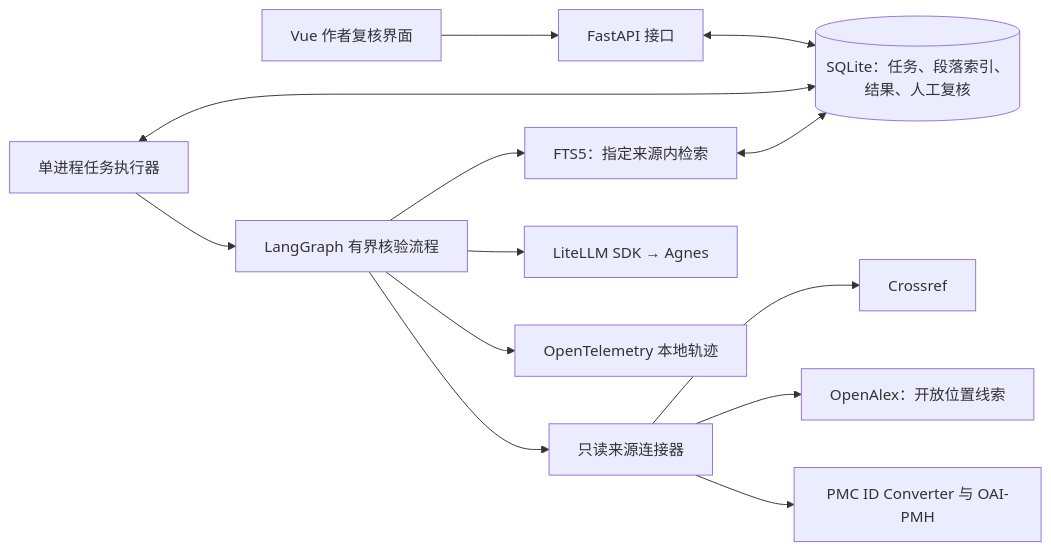
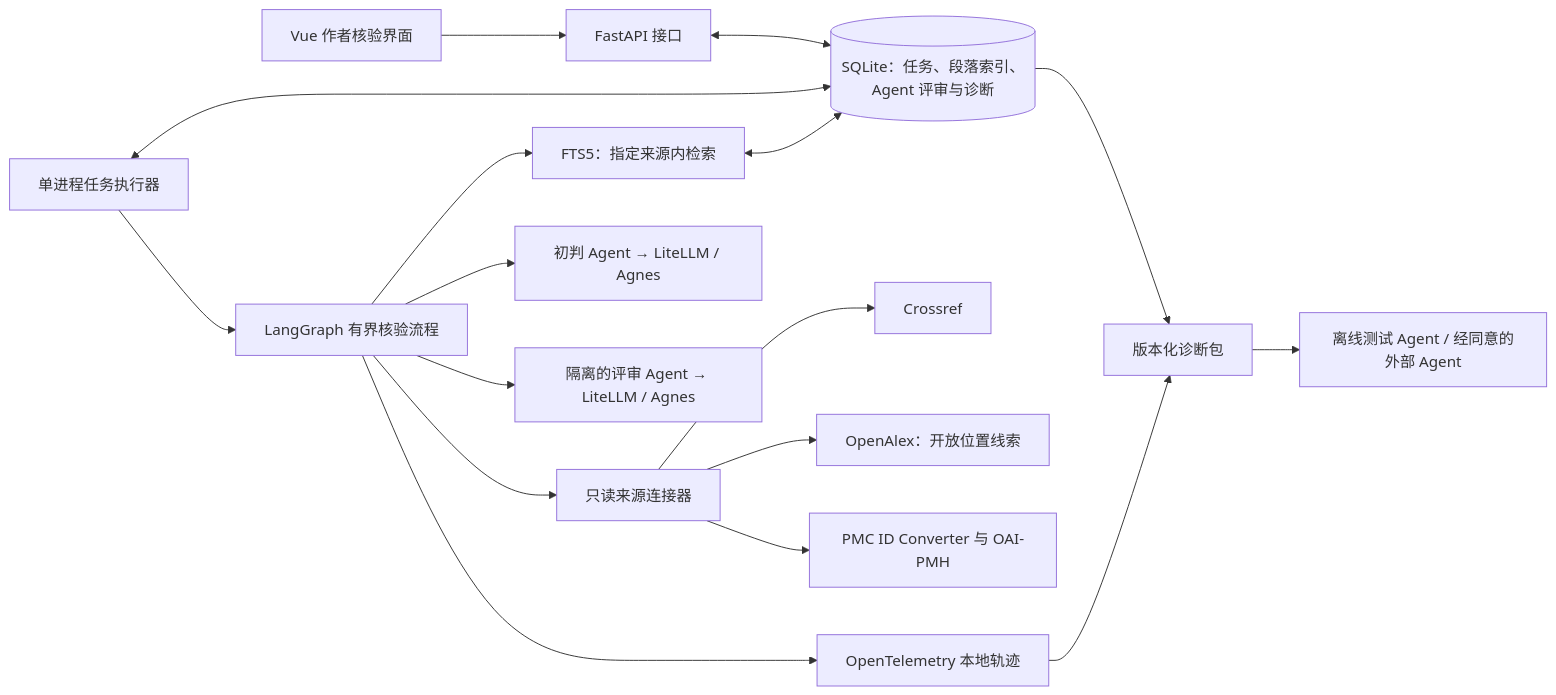
One commit to wynxing/paper-evidence-agent changed the first of 2 diagrams in docs/architecture.md. Above: the diagram before and after it, drawn with Mermaid. The commit also changed other lines of this file and 3 other files, not shown here.

````diff
--- a/docs/architecture.md
+++ b/docs/architecture.md
@@ -9,15 +9,19 @@
 ```mermaid
 flowchart LR
-    UI["Vue 作者复核界面"] --> API["FastAPI 接口"]
-    API <--> DB[("SQLite：任务、段落索引、结果、人工复核")]
+    UI["Vue 作者核验界面"] --> API["FastAPI 接口"]
+    API <--> DB[("SQLite：任务、段落索引、Agent 评审与诊断")]
     Worker["单进程任务执行器"] <--> DB
     Worker --> Graph["LangGraph 有界核验流程"]
     Graph --> Sources["只读来源连接器"]
     Sources --> Crossref["Crossref"]
     Sources --> OpenAlex["OpenAlex：开放位置线索"]
     Sources --> PMC["PMC ID Converter 与 OAI-PMH"]
     Graph --> Search["FTS5：指定来源内检索"]
     Search <--> DB
-    Graph --> Model["LiteLLM SDK → Agnes"]
+    Graph --> Initial["初判 Agent → LiteLLM / Agnes"]
+    Graph --> Reviewer["隔离的评审 Agent → LiteLLM / Agnes"]
     Graph --> Trace["OpenTelemetry 本地轨迹"]
+    DB --> Packet["版本化诊断包"]
+    Trace --> Packet
+    Packet --> TestAgent["离线测试 Agent / 经同意的外部 Agent"]
 ```
````
